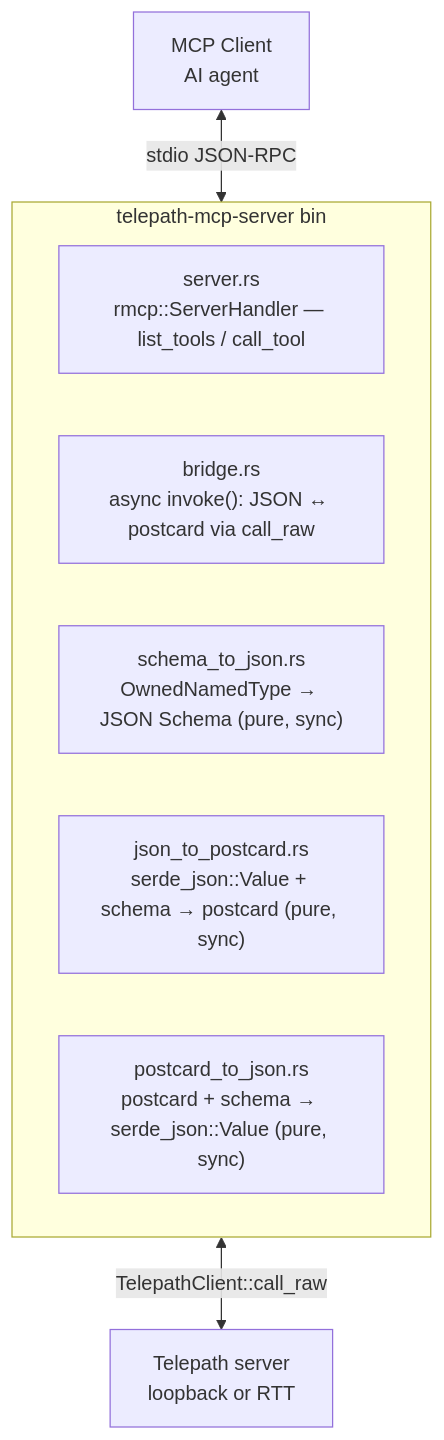
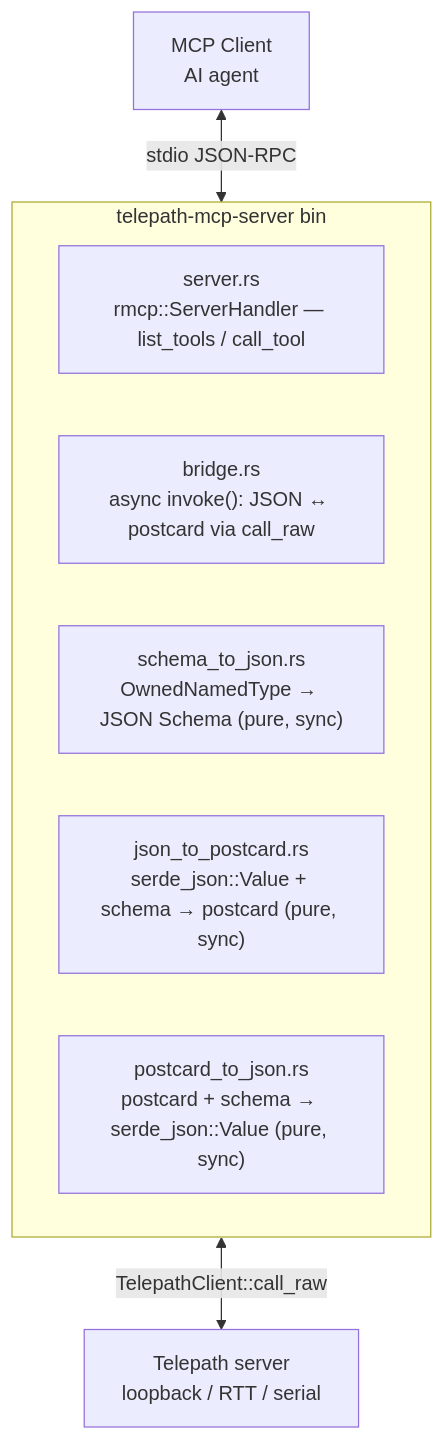
The diagram in docs/mcp-integration.md (tarotene/telepath), drawn with Mermaid before and after one commit. The commit also changed other lines of this file and 8 other files, not shown here.

First line of the commit message:
feat(mcp): add RTT and serial transports to telepath-mcp-server

````diff
--- a/docs/mcp-integration.md
+++ b/docs/mcp-integration.md
@@ -8,15 +8,15 @@
 ```mermaid
 flowchart TB
     MC[MCP Client<br/>AI agent]
     subgraph Bridge["telepath-mcp-server bin"]
         SRV["server.rs<br/>rmcp::ServerHandler — list_tools / call_tool"]
         BR["bridge.rs<br/>async invoke(): JSON ↔ postcard via call_raw"]
         S2J["schema_to_json.rs<br/>OwnedNamedType → JSON Schema (pure, sync)"]
         J2P["json_to_postcard.rs<br/>serde_json::Value + schema → postcard (pure, sync)"]
         P2J["postcard_to_json.rs<br/>postcard + schema → serde_json::Value (pure, sync)"]
     end
-    TS[Telepath server<br/>loopback or RTT]
+    TS[Telepath server<br/>loopback / RTT / serial]
 
     MC <-->|stdio JSON-RPC| Bridge
     Bridge <-->|TelepathClient::call_raw| TS
 ```
````
